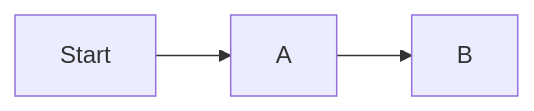
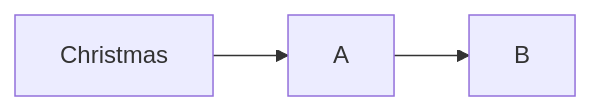
The diagram in database/relationalDatabase_2.md (mikiya09/ComSci), drawn with Mermaid before and after one commit.

````diff
--- a/database/relationalDatabase_2.md
+++ b/database/relationalDatabase_2.md
@@ -39,5 +39,5 @@
 ```mermaid
 flowchart LR 
-    s[Start  ] --> A;
+    S[Christmas] --> A;
     A --> B;
 ```
````
